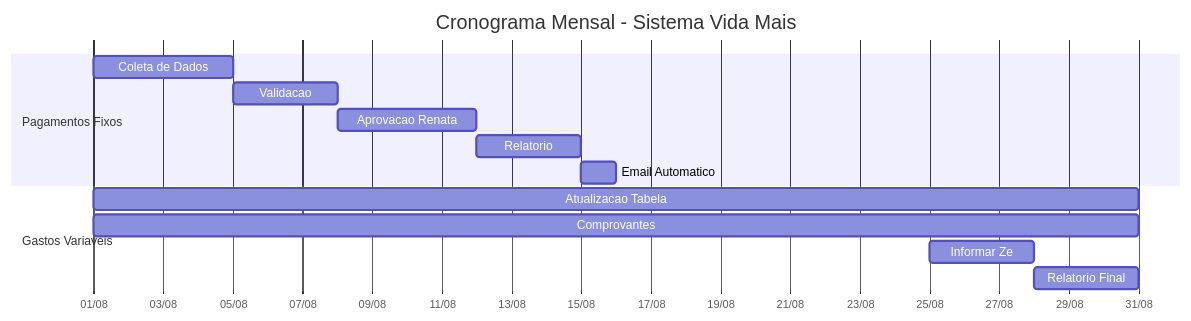
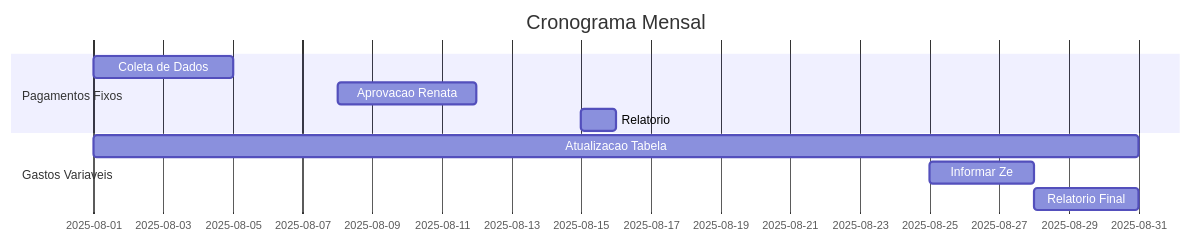
The fourth of 6 diagrams in FLUXO_REAL_VIDA_MAIS.md (emanuelcosta-git/epoch-dream-builder), drawn with Mermaid before and after one commit. The commit also changed other lines of this file, not shown here.

First line of the commit message:
Revise and streamline content in FLUXO_REAL_VIDA_MAIS.md

````diff
--- a/FLUXO_REAL_VIDA_MAIS.md
+++ b/FLUXO_REAL_VIDA_MAIS.md
@@ -186,19 +140,15 @@
 ```mermaid
 gantt
-    title Cronograma Mensal - Sistema Vida Mais
+    title Cronograma Mensal
     dateFormat  DD/MM
-    axisFormat %d/%m
     
     section Pagamentos Fixos
     Coleta de Dados        :01/08, 05/08
-    Validacao              :05/08, 08/08
     Aprovacao Renata       :08/08, 12/08
-    Relatorio              :12/08, 15/08
-    Email Automatico       :15/08, 16/08
+    Relatorio              :15/08, 16/08
     
     section Gastos Variaveis
     Atualizacao Tabela     :01/08, 31/08
-    Comprovantes           :01/08, 31/08
     Informar Ze            :25/08, 28/08
     Relatorio Final        :28/08, 31/08
 ```
````
